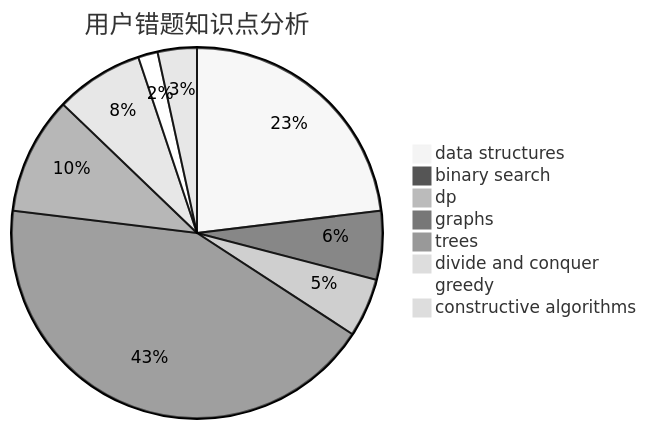
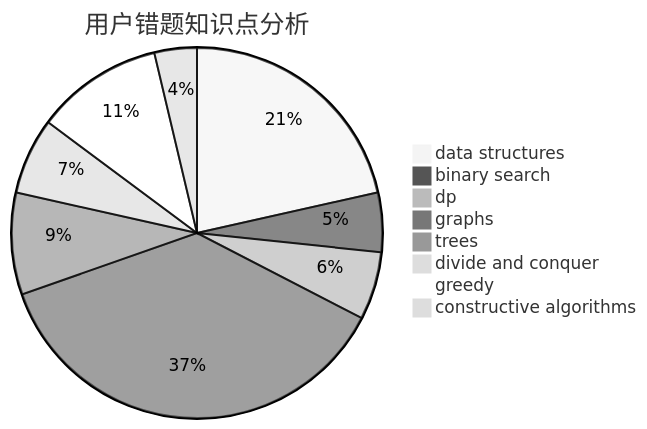
The third of 3 diagrams in docs/user/u484.md (sherpahu/cfrs.github.io), drawn with Mermaid (neutral theme) before and after one commit. The commit also changed other lines of this file and 2770 other files, not shown here.

````diff
--- a/docs/user/u484.md
+++ b/docs/user/u484.md
@@ -36,11 +36,11 @@
 ```mermaid
 pie title 用户错题知识点分析
-    "data structures" :  27
+    "data structures" :  29
     "binary search" :  7
-    "dp" :  6
+    "dp" :  8
     "graphs" :  50
     "trees" :  12
     "divide and conquer" :  9
-    "greedy" :  2
-    "constructive algorithms" :  4
+    "greedy" :  15
+    "constructive algorithms" :  5
 ```
````
